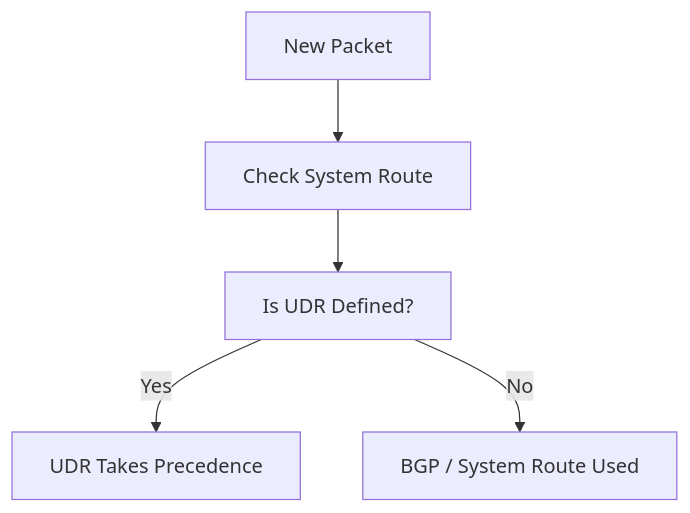
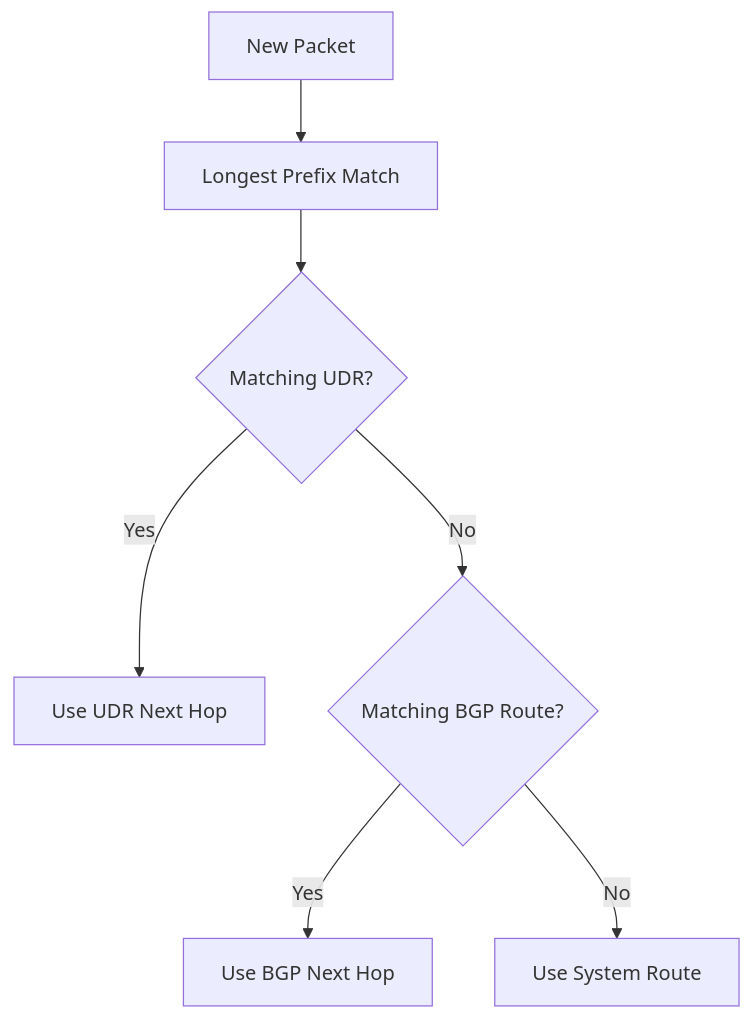
One commit to yeongseon/azure-networking-practical-guide changed the diagram in docs/operations/configure-udr.md. Above: the diagram before and after it, drawn with Mermaid. The commit also changed 5 other files, not shown here.

````diff
--- a/docs/operations/configure-udr.md
+++ b/docs/operations/configure-udr.md
@@ -17,7 +17,9 @@
 ```mermaid
 graph TD
-    Packet[New Packet] --> Default[Check System Route]
-    Default --> UDR[Is UDR Defined?]
-    UDR -- Yes --> Overwrite[UDR Takes Precedence]
-    UDR -- No --> BGP[BGP / System Route Used]
+    Packet[New Packet] --> LPM[Longest Prefix Match]
+    LPM --> UDR{Matching UDR?}
+    UDR -- Yes --> UseUDR[Use UDR Next Hop]
+    UDR -- No --> BGP{Matching BGP Route?}
+    BGP -- Yes --> UseBGP[Use BGP Next Hop]
+    BGP -- No --> System[Use System Route]
 ```
````
